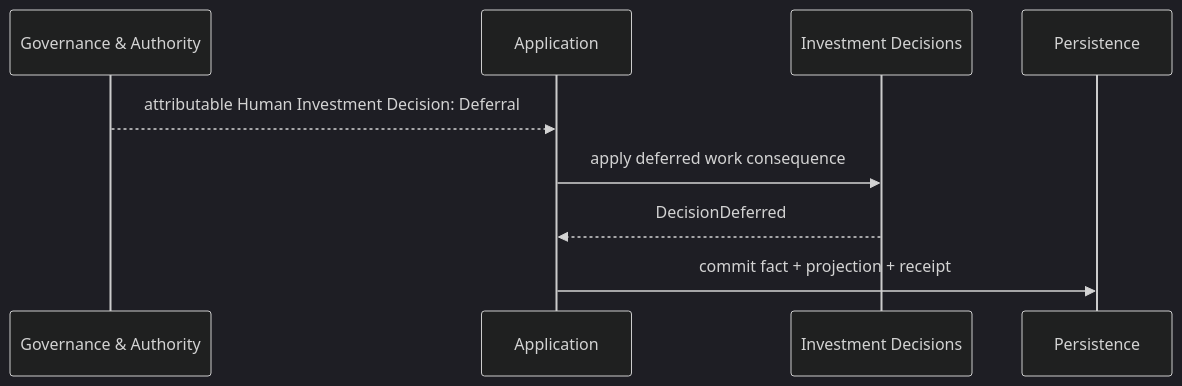
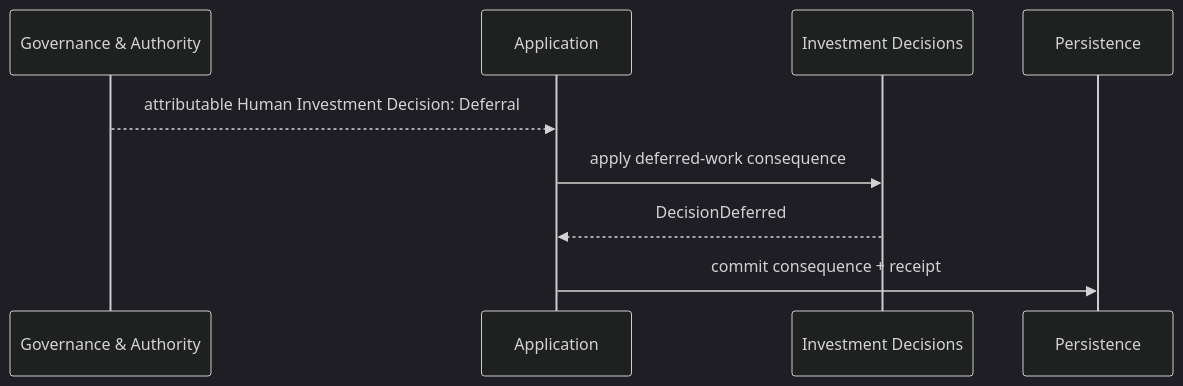
One commit to sponge-b0b/Polaris changed the sixth of 8 diagrams in docs/proposed/platform-domain-interaction-map.md. Above: the diagram before and after it, drawn with Mermaid (dark theme). The commit also changed other lines of this file and 10 other files, not shown here.

````diff
--- a/docs/proposed/platform-domain-interaction-map.md
+++ b/docs/proposed/platform-domain-interaction-map.md
@@ -321,12 +365,12 @@
 ```mermaid
 sequenceDiagram
     participant G as Governance & Authority
     participant App as Application
     participant D as Investment Decisions
     participant P as Persistence
 
     G-->>App: attributable Human Investment Decision: Deferral
-    App->>D: apply deferred work consequence
+    App->>D: apply deferred-work consequence
     D-->>App: DecisionDeferred
-    App->>P: commit fact + projection + receipt
+    App->>P: commit consequence + receipt
 ```
````
